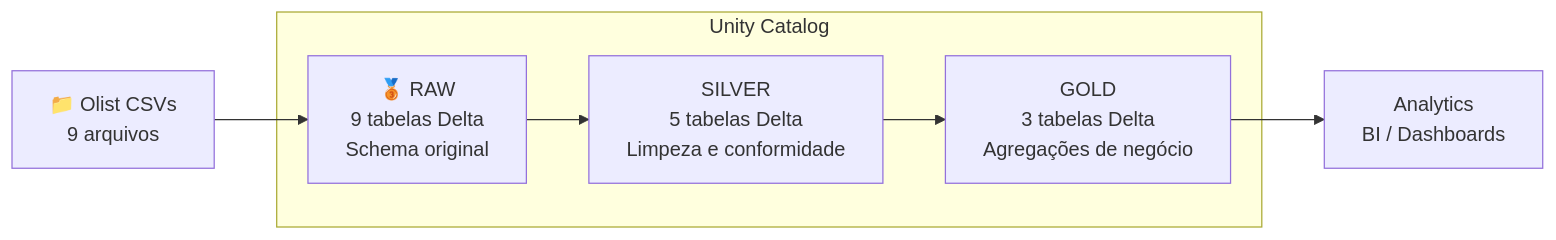
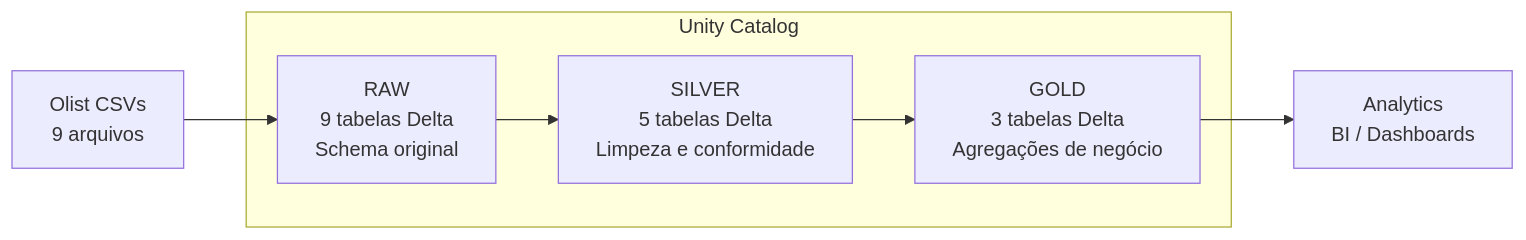
Before and after one commit to ViniiTrindadee/medallion-ecommerce-pipeline: the diagram in README.md, drawn with Mermaid.

````diff
--- a/README.md
+++ b/README.md
@@ -26,13 +26,13 @@
 ```mermaid
 flowchart LR
-    A[📁 Olist CSVs\n9 arquivos] --> B[🥉 RAW\n9 tabelas Delta\nSchema original]
+    A[ Olist CSVs\n9 arquivos] --> B[ RAW\n9 tabelas Delta\nSchema original]
     B --> C[SILVER\n5 tabelas Delta\nLimpeza e conformidade]
     C --> D[GOLD\n3 tabelas Delta\nAgregações de negócio]
     D --> E[Analytics\nBI / Dashboards]
 
     subgraph Unity Catalog
         B
         C
         D
     end
 ```
````
